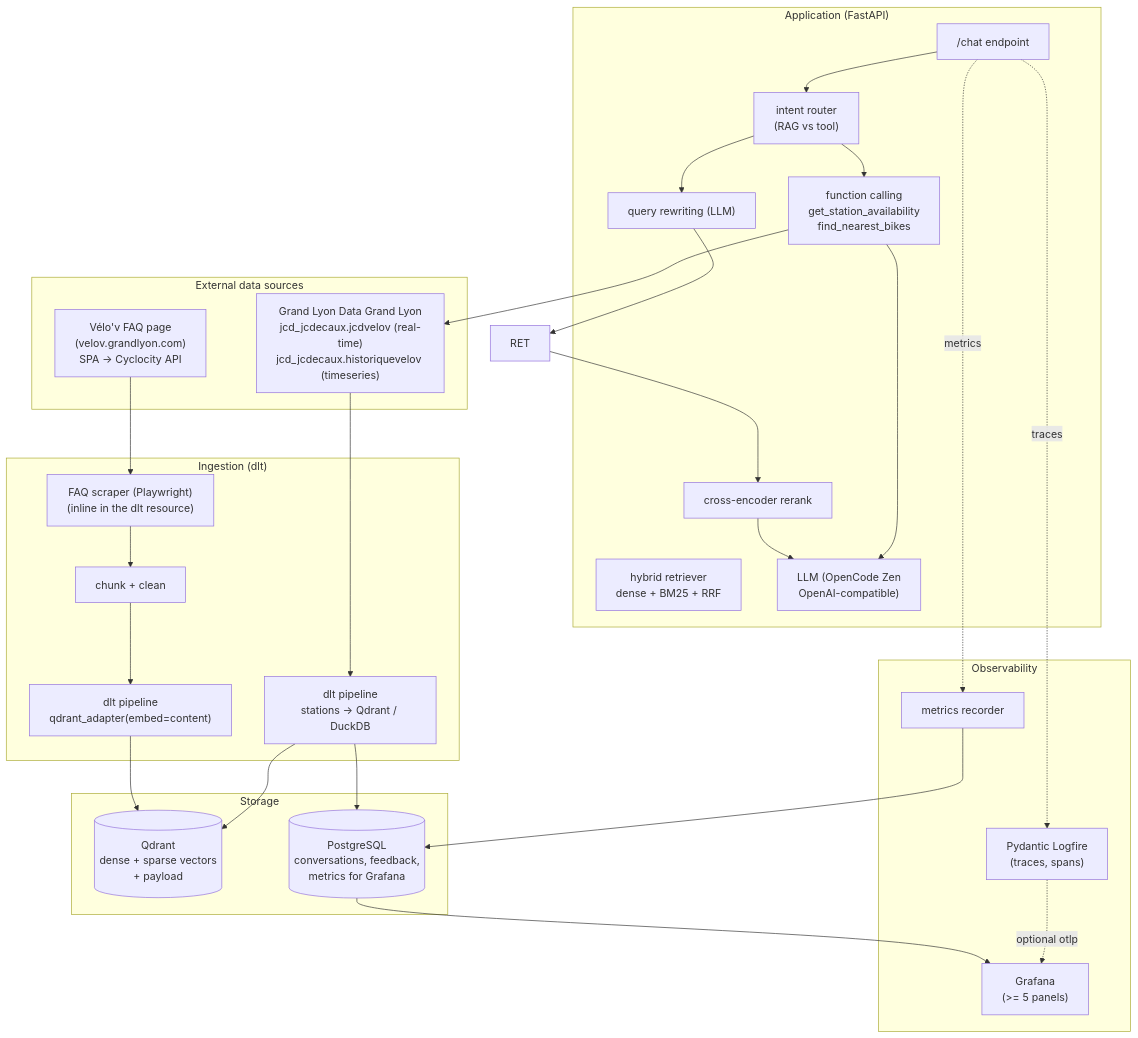
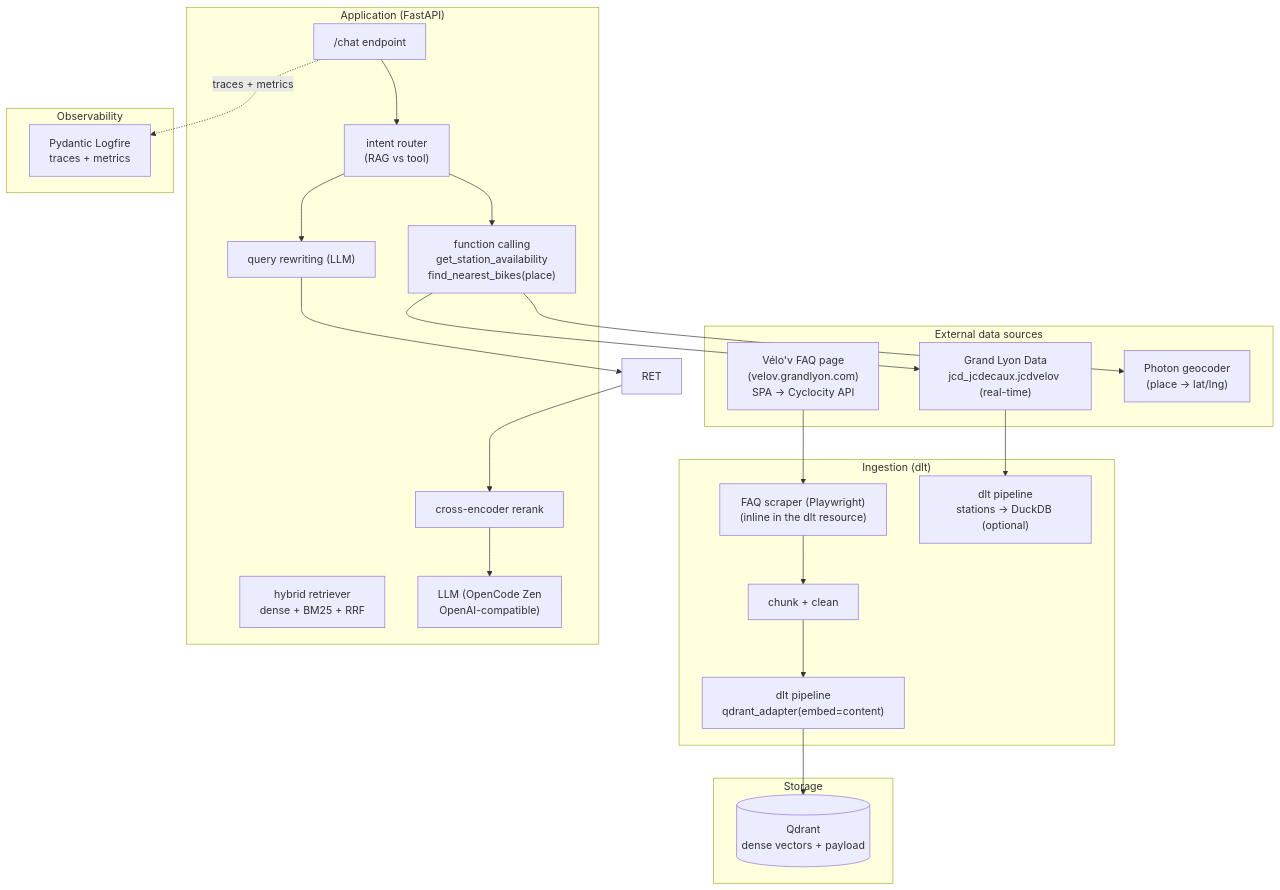
One commit to afrancois-dev/velov-assistant changed the diagram in docs/architecture.md. Above: the diagram before and after it, drawn with Mermaid. The commit also changed other lines of this file and 31 other files, not shown here.

````diff
--- a/docs/architecture.md
+++ b/docs/architecture.md
@@ -12,48 +12,43 @@
 ```mermaid
 flowchart TB
     subgraph Sources["External data sources"]
         FAQ["Vélo'v FAQ page<br/>(velov.grandlyon.com)<br/>SPA -> Cyclocity API"]
-        STATIONS["Grand Lyon Data Grand Lyon<br/>jcd_jcdecaux.jcdvelov (real-time)<br/>jcd_jcdecaux.historiquevelov (timeseries)"]
+        STATIONS["Grand Lyon Data<br/>jcd_jcdecaux.jcdvelov (real-time)"]
+        GEO["Photon geocoder<br/>(place -> lat/lng)"]
     end
 
     subgraph Ingestion["Ingestion (dlt)"]
         SCRAPER["FAQ scraper (Playwright)<br/>(inline in the dlt resource)"]
         CHUNK["chunk + clean"]
         DLT["dlt pipeline<br/>qdrant_adapter(embed=content)"]
-        DLTST["dlt pipeline<br/>stations -> Qdrant / DuckDB"]
+        DLTST["dlt pipeline<br/>stations -> DuckDB (optional)"]
     end
 
     subgraph Store["Storage"]
-        QDRANT[("Qdrant<br/>dense + sparse vectors<br/>+ payload")]
-        PG[("PostgreSQL<br/>conversations, feedback,<br/>metrics for Grafana")]
+        QDRANT[("Qdrant<br/>dense vectors + payload")]
     end
 
     subgraph App["Application (FastAPI)"]
         API["/chat endpoint"]
         ROUTER["intent router<br/>(RAG vs tool)"]
         REWRITE["query rewriting (LLM)"]
         RETR["hybrid retriever<br/>dense + BM25 + RRF"]
         RERANK["cross-encoder rerank"]
         LLM["LLM (OpenCode Zen<br/>OpenAI-compatible)"]
-        TOOLS["function calling<br/>get_station_availability<br/>find_nearest_bikes"]
+        TOOLS["function calling<br/>get_station_availability<br/>find_nearest_bikes(place)"]
     end
 
     subgraph Obs["Observability"]
-        LOGFIRE["Pydantic Logfire<br/>(traces, spans)"]
-        METRICS["metrics recorder"]
-        GRAFANA["Grafana<br/>(>= 5 panels)"]
+        LOGFIRE["Pydantic Logfire<br/>traces + metrics"]
     end
 
     FAQ --> SCRAPER --> CHUNK --> DLT --> QDRANT
-    STATIONS --> DLTST --> QDRANT
-    DLTST --> PG
+    STATIONS --> DLTST
 
     API --> ROUTER
     ROUTER --> REWRITE --> RET --> RERANK --> LLM
     ROUTER --> TOOLS --> STATIONS
-    TOOLS --> LLM
+    TOOLS --> GEO
 
-    API -.traces.-> LOGFIRE
-    API -.metrics.-> METRICS --> PG --> GRAFANA
-    LOGFIRE -.optional otlp.-> GRAFANA
+    API -.traces + metrics.-> LOGFIRE
 ```
````
